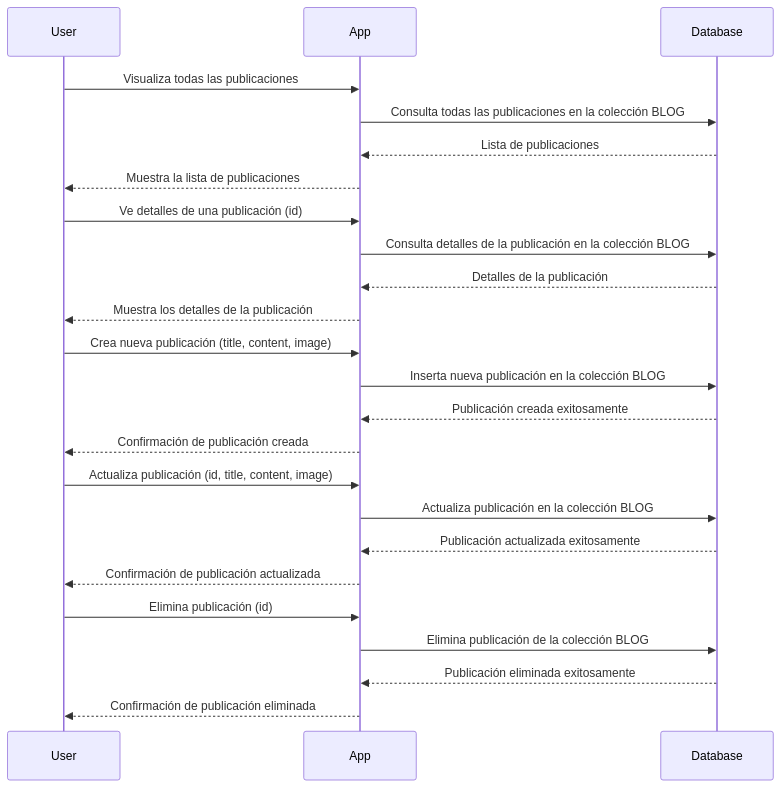
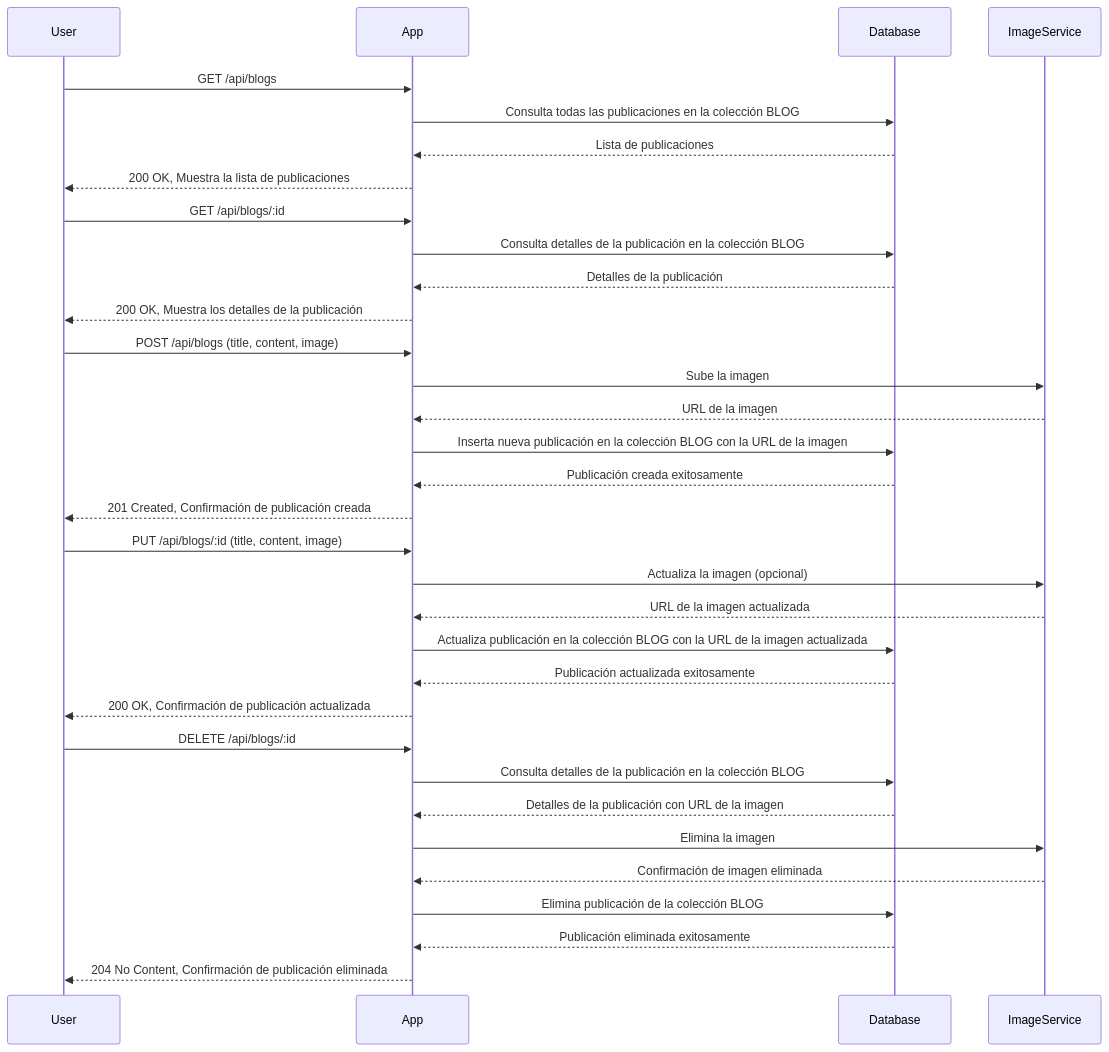
The diagram in personal-blog/Readme.md (ivaniuss/collaborative-projects), drawn with Mermaid before and after one commit. The commit also changed other lines of this file, not shown here.

Commit message:
Readme updated for personal-blog

````diff
--- a/personal-blog/Readme.md
+++ b/personal-blog/Readme.md
@@ -37,31 +39,40 @@
 ```mermaid
 sequenceDiagram
     participant User
     participant App
     participant Database
+    participant ImageService
 
-    User ->> App: Visualiza todas las publicaciones
+    User ->> App: GET /api/blogs
     App ->> Database: Consulta todas las publicaciones en la colección BLOG
     Database -->> App: Lista de publicaciones
-    App -->> User: Muestra la lista de publicaciones
+    App -->> User: 200 OK, Muestra la lista de publicaciones
 
-    User ->> App: Ve detalles de una publicación (id)
+    User ->> App: GET /api/blogs/:id
     App ->> Database: Consulta detalles de la publicación en la colección BLOG
     Database -->> App: Detalles de la publicación
-    App -->> User: Muestra los detalles de la publicación
+    App -->> User: 200 OK, Muestra los detalles de la publicación
 
-    User ->> App: Crea nueva publicación (title, content, image)
-    App ->> Database: Inserta nueva publicación en la colección BLOG
+    User ->> App: POST /api/blogs (title, content, image)
+    App ->> ImageService: Sube la imagen
+    ImageService -->> App: URL de la imagen
+    App ->> Database: Inserta nueva publicación en la colección BLOG con la URL de la imagen
     Database -->> App: Publicación creada exitosamente
-    App -->> User: Confirmación de publicación creada
+    App -->> User: 201 Created, Confirmación de publicación creada
 
-    User ->> App: Actualiza publicación (id, title, content, image)
-    App ->> Database: Actualiza publicación en la colección BLOG
+    User ->> App: PUT /api/blogs/:id (title, content, image)
+    App ->> ImageService: Actualiza la imagen (opcional)
+    ImageService -->> App: URL de la imagen actualizada
+    App ->> Database: Actualiza publicación en la colección BLOG con la URL de la imagen actualizada
     Database -->> App: Publicación actualizada exitosamente
-    App -->> User: Confirmación de publicación actualizada
+    App -->> User: 200 OK, Confirmación de publicación actualizada
 
-    User ->> App: Elimina publicación (id)
+    User ->> App: DELETE /api/blogs/:id
+    App ->> Database: Consulta detalles de la publicación en la colección BLOG
+    Database -->> App: Detalles de la publicación con URL de la imagen
+    App ->> ImageService: Elimina la imagen
+    ImageService -->> App: Confirmación de imagen eliminada
     App ->> Database: Elimina publicación de la colección BLOG
     Database -->> App: Publicación eliminada exitosamente
-    App -->> User: Confirmación de publicación eliminada
+    App -->> User: 204 No Content, Confirmación de publicación eliminada
 ```
````
